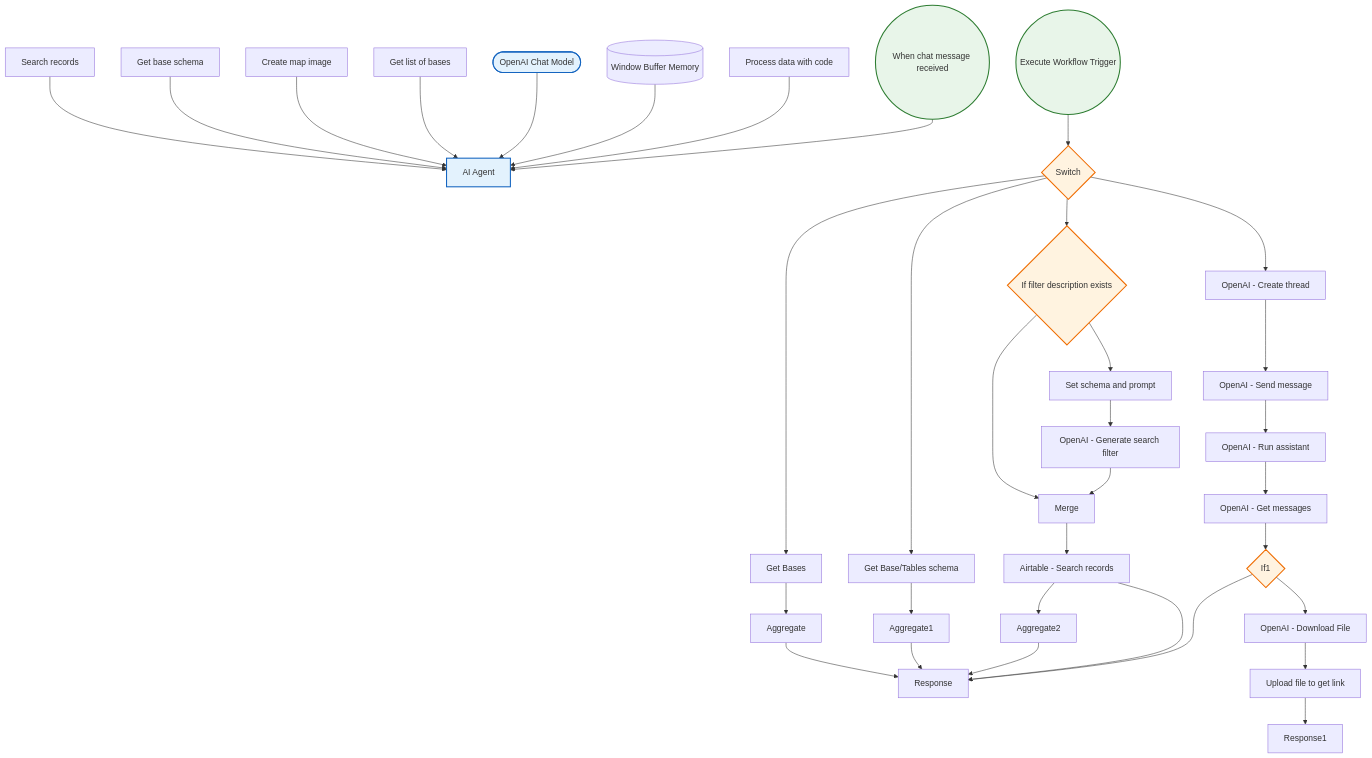
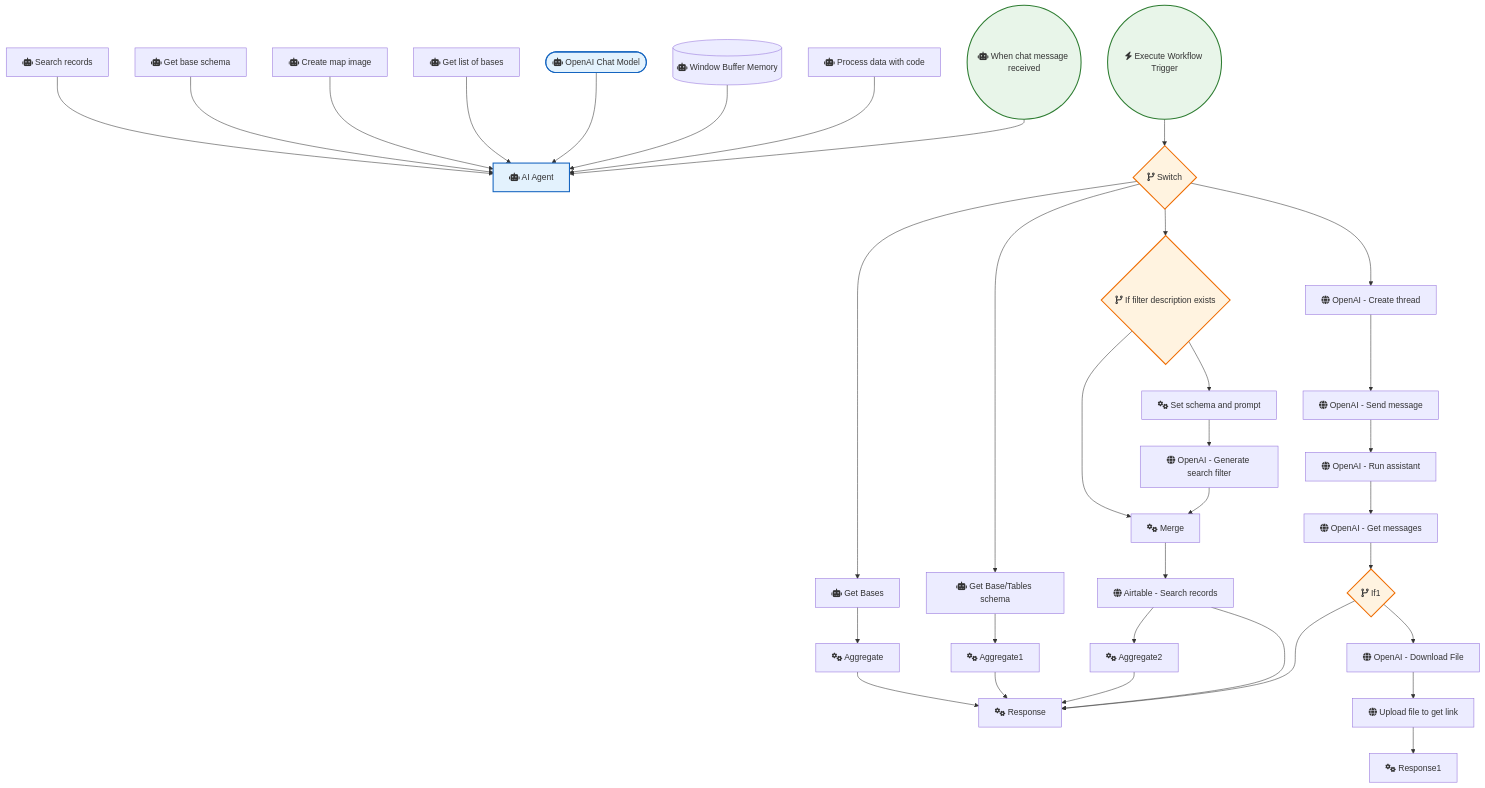
Before and after one commit to sreyash3105/N8N-DEMO-AUTOMATIONS: the diagram in Airtable/AI Agent to chat with Airtable and analyze data.md, drawn with Mermaid. The commit also changed 291 other files, not shown here.

````diff
--- a/Airtable/AI Agent to chat with Airtable and analyze data.md
+++ b/Airtable/AI Agent to chat with Airtable and analyze data.md
@@ -1,71 +1,71 @@
 ```mermaid
 graph TD
     classDef trigger fill:#e8f5e9,stroke:#2e7d32,stroke-width:2px;
     classDef ai fill:#e3f2fd,stroke:#1565c0,stroke-width:2px;
     classDef logic fill:#fff3e0,stroke:#ef6c00,stroke-width:2px;
 
-    OpenAI_Chat_Model(["OpenAI Chat Model"]):::ai
-    AI_Agent["AI Agent"]:::ai
-    Window_Buffer_Memory[("Window Buffer Memory")]
-    When_chat_message_received(("When chat message received")):::trigger
-    Execute_Workflow_Trigger(("Execute Workflow Trigger")):::trigger
-    Response["Response"]
-    Switch{"Switch"}:::logic
-    Aggregate["Aggregate"]
-    Aggregate1["Aggregate1"]
-    Merge["Merge"]
-    Aggregate2["Aggregate2"]
-    If1{"If1"}:::logic
-    Response1["Response1"]
-    Search_records["Search records"]
-    Process_data_with_code["Process data with code"]
-    Create_map_image["Create map image"]
-    Get_list_of_bases["Get list of bases"]
-    Get_base_schema["Get base schema"]
-    Get_Bases["Get Bases"]
-    Get_Base_Tables_schema["Get Base/Tables schema"]
-    If_filter_description_exists{"If filter description exists"}:::logic
-    Airtable___Search_records["Airtable - Search records"]
-    OpenAI___Generate_search_filter["OpenAI - Generate search filter"]
-    Set_schema_and_prompt["Set schema and prompt"]
-    Upload_file_to_get_link["Upload file to get link"]
-    OpenAI___Download_File["OpenAI - Download File"]
-    OpenAI___Get_messages["OpenAI - Get messages"]
-    OpenAI___Run_assistant["OpenAI - Run assistant"]
-    OpenAI___Send_message["OpenAI - Send message"]
-    OpenAI___Create_thread["OpenAI - Create thread"]
+    OpenAI_Chat_Model(["fas:fa-robot OpenAI Chat Model"]):::ai
+    AI_Agent["fas:fa-robot AI Agent"]:::ai
+    Window_Buffer_Memory[("fas:fa-robot Window Buffer Memory")]
+    When_chat_message_received(("fas:fa-robot When chat message received")):::trigger
+    Execute_Workflow_Trigger(("fas:fa-bolt Execute Workflow Trigger")):::trigger
+    Response["fas:fa-cogs Response"]
+    Switch{"fas:fa-code-branch Switch"}:::logic
+    Aggregate["fas:fa-cogs Aggregate"]
+    Aggregate1["fas:fa-cogs Aggregate1"]
+    Merge["fas:fa-cogs Merge"]
+    Aggregate2["fas:fa-cogs Aggregate2"]
+    If1{"fas:fa-code-branch If1"}:::logic
+    Response1["fas:fa-cogs Response1"]
+    Search_records["fas:fa-robot Search records"]
+    Process_data_with_code["fas:fa-robot Process data with code"]
+    Create_map_image["fas:fa-robot Create map image"]
+    Get_list_of_bases["fas:fa-robot Get list of bases"]
+    Get_base_schema["fas:fa-robot Get base schema"]
+    Get_Bases["fas:fa-robot Get Bases"]
+    Get_Base_Tables_schema["fas:fa-robot Get Base/Tables schema"]
+    If_filter_description_exists{"fas:fa-code-branch If filter description exists"}:::logic
+    Airtable___Search_records["fas:fa-globe Airtable - Search records"]
+    OpenAI___Generate_search_filter["fas:fa-globe OpenAI - Generate search filter"]
+    Set_schema_and_prompt["fas:fa-cogs Set schema and prompt"]
+    Upload_file_to_get_link["fas:fa-globe Upload file to get link"]
+    OpenAI___Download_File["fas:fa-globe OpenAI - Download File"]
+    OpenAI___Get_messages["fas:fa-globe OpenAI - Get messages"]
+    OpenAI___Run_assistant["fas:fa-globe OpenAI - Run assistant"]
+    OpenAI___Send_message["fas:fa-globe OpenAI - Send message"]
+    OpenAI___Create_thread["fas:fa-globe OpenAI - Create thread"]
 
     If1 --> Response
     If1 --> OpenAI___Download_File
     Merge --> Airtable___Search_records
     Switch --> Get_Bases
     Switch --> Get_Base_Tables_schema
     Switch --> If_filter_description_exists
     Switch --> OpenAI___Create_thread
     Aggregate --> Response
     Get_Bases --> Aggregate
     Aggregate1 --> Response
     Aggregate2 --> Response
     Search_records --> AI_Agent
     Get_base_schema --> AI_Agent
     Create_map_image --> AI_Agent
     Get_list_of_bases --> AI_Agent
     OpenAI_Chat_Model --> AI_Agent
     Window_Buffer_Memory --> AI_Agent
     OpenAI___Get_messages --> If1
     OpenAI___Send_message --> OpenAI___Run_assistant
     Set_schema_and_prompt --> OpenAI___Generate_search_filter
     Get_Base_Tables_schema --> Aggregate1
     OpenAI___Create_thread --> OpenAI___Send_message
     OpenAI___Download_File --> Upload_file_to_get_link
     OpenAI___Run_assistant --> OpenAI___Get_messages
     Process_data_with_code --> AI_Agent
     Upload_file_to_get_link --> Response1
     Execute_Workflow_Trigger --> Switch
     Airtable___Search_records --> Aggregate2
     Airtable___Search_records --> Response
     When_chat_message_received --> AI_Agent
     If_filter_description_exists --> Merge
     If_filter_description_exists --> Set_schema_and_prompt
     OpenAI___Generate_search_filter --> Merge
 ```
````
